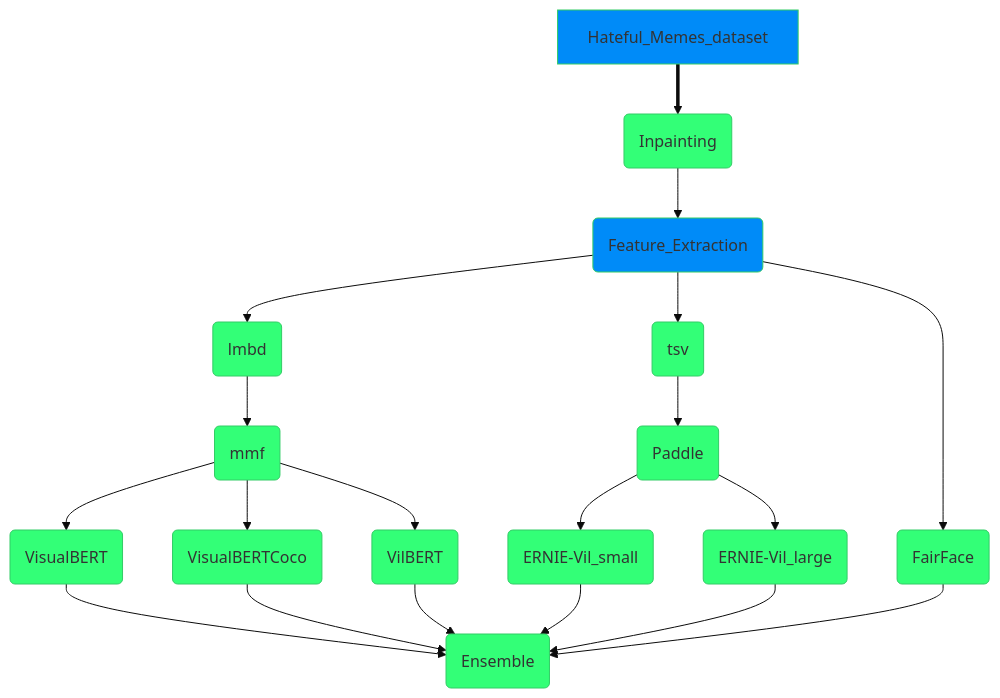
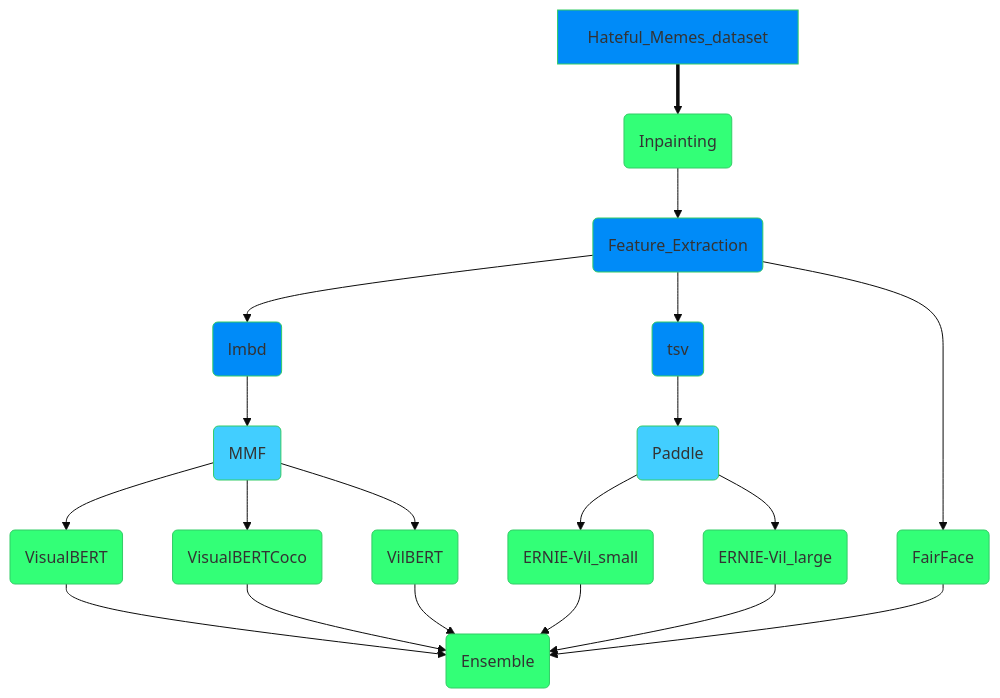
One commit to JanLeyva/approach_TFM changed the diagram in README.md. Above: the diagram before and after it, drawn with Mermaid.

````diff
--- a/README.md
+++ b/README.md
@@ -8,26 +8,27 @@
 ```mermaid
 %%{init: {'theme': 'base', 'themeVariables': { 'primaryColor': '#33FF77', 
 'edgeLabelBackground':'#030600', 'secondaryColor': '#050600','tertiaryColor': '#33CAFF',
 'defaultLinkColor': '#000605'}}}%%
   graph TD;
       Hateful_Memes_dataset:::header==>B(Inpainting);
       B-->C(Feature_Extraction)
       C:::header-->D(lmbd);
       C-->E(tsv);
       C-->N(FairFace);
-      E-->F(Paddle);
-      F-->G(ERNIE-Vil_small);
-      F-->M(ERNIE-Vil_large);
-      D-->H(mmf);
-      H-->I(VisualBERT);
+      E:::header-->F(Paddle);
+      F:::subheader-->G(ERNIE-Vil_small);
+      F:::subheader-->M(ERNIE-Vil_large);
+      D:::header-->H(MMF);
+      H:::subheader-->I(VisualBERT);
       H-->J(VisualBERTCoco);
       H-->K(VilBERT);
       I-->L(Ensemble);
       J-->L;
       K-->L;
       G-->L;
       M-->L;
       N-->L;
       
       classDef header fill:#008BF8;
+      classDef subheader fill:#42CEFF;
 ```
````
